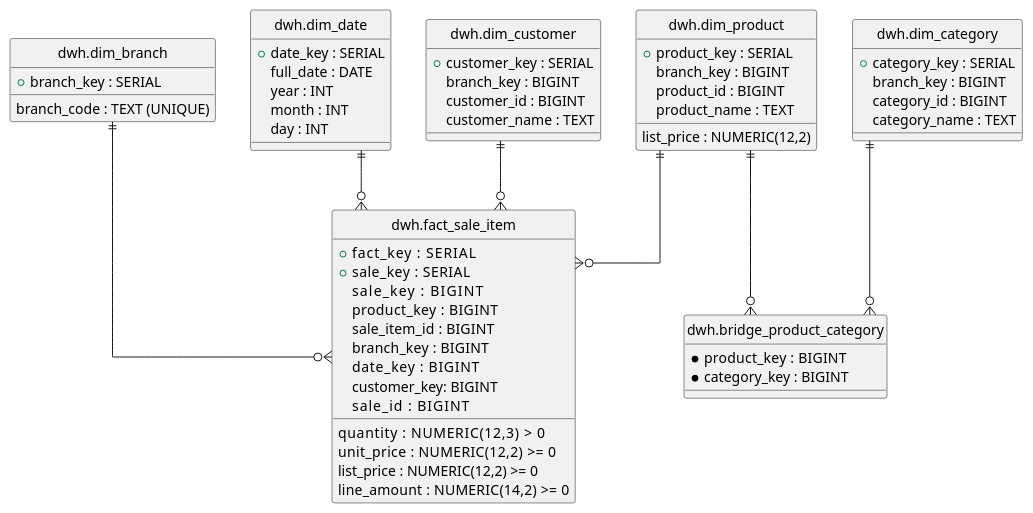
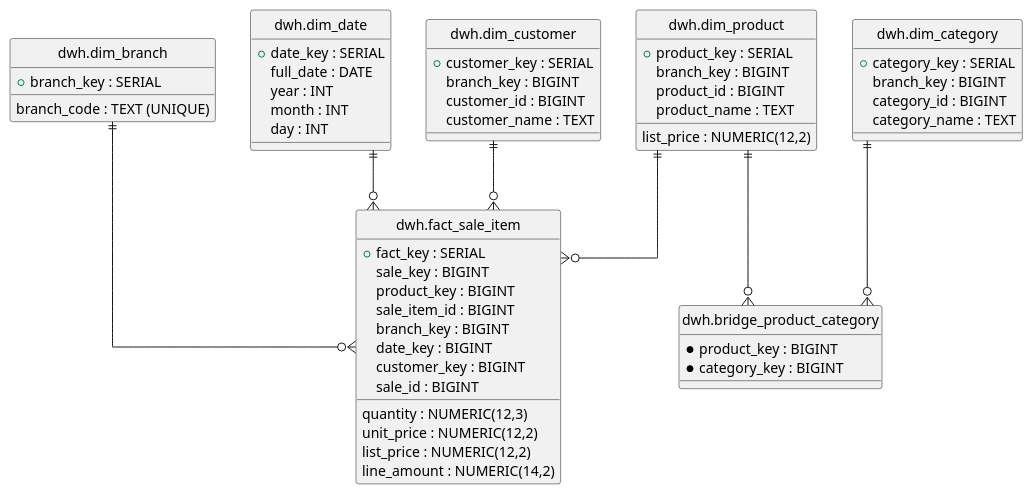
The diagram in kimball.puml (staciagreen/postgresql-dwh-etl), drawn with PlantUML before and after one commit. The commit also changed 23 other files, not shown here.

```diff
--- a/kimball.puml
+++ b/kimball.puml
@@ -1,72 +1,68 @@
 @startuml
 hide circle
 skinparam linetype ortho
 
 entity "dwh.dim_branch" as br {
   +branch_key : SERIAL
   branch_code : TEXT (UNIQUE)
 }
 
 entity "dwh.dim_date" as d {
   +date_key : SERIAL
   full_date : DATE
   year : INT
   month : INT
   day : INT
 }
 
 entity "dwh.dim_customer" as c {
   +customer_key : SERIAL
   branch_key : BIGINT
   customer_id : BIGINT
   customer_name : TEXT
 }
 
 entity "dwh.dim_product" as p {
   +product_key : SERIAL
   branch_key : BIGINT
   product_id : BIGINT
   product_name : TEXT
   list_price : NUMERIC(12,2)
 }
 
 entity "dwh.dim_category" as cat {
   +category_key : SERIAL
   branch_key : BIGINT
   category_id : BIGINT
   category_name : TEXT
 }
 
 entity "dwh.bridge_product_category" as bpc {
-  *product_key  : BIGINT
+  *product_key : BIGINT
   *category_key : BIGINT
 }
 
-
-' Позиция чека
 entity "dwh.fact_sale_item" as si {
-  +fact_key     : SERIAL
-  +sale_key   : SERIAL
-  sale_key      : BIGINT
-  product_key   : BIGINT
-  sale_item_id  : BIGINT
-  branch_key  : BIGINT
-  date_key    : BIGINT
-  customer_key: BIGINT
-  sale_id     : BIGINT
-  quantity      : NUMERIC(12,3) > 0
-  unit_price    : NUMERIC(12,2) >= 0
-  list_price : NUMERIC(12,2) >= 0
-  line_amount   : NUMERIC(14,2) >= 0
+  +fact_key : SERIAL
+  sale_key : BIGINT
+  product_key : BIGINT
+  sale_item_id : BIGINT
+  branch_key : BIGINT
+  date_key : BIGINT
+  customer_key : BIGINT
+  sale_id : BIGINT
+  quantity : NUMERIC(12,3)
+  unit_price : NUMERIC(12,2)
+  list_price : NUMERIC(12,2)
+  line_amount : NUMERIC(14,2)
 }
 
-
-p  ||--o{ bpc
-cat||--o{ bpc
+p   ||--o{ bpc
+cat ||--o{ bpc
 
 br ||--o{ si
 d  ||--o{ si
 c  ||--o{ si
 p  ||--o{ si
 
 @enduml
```
